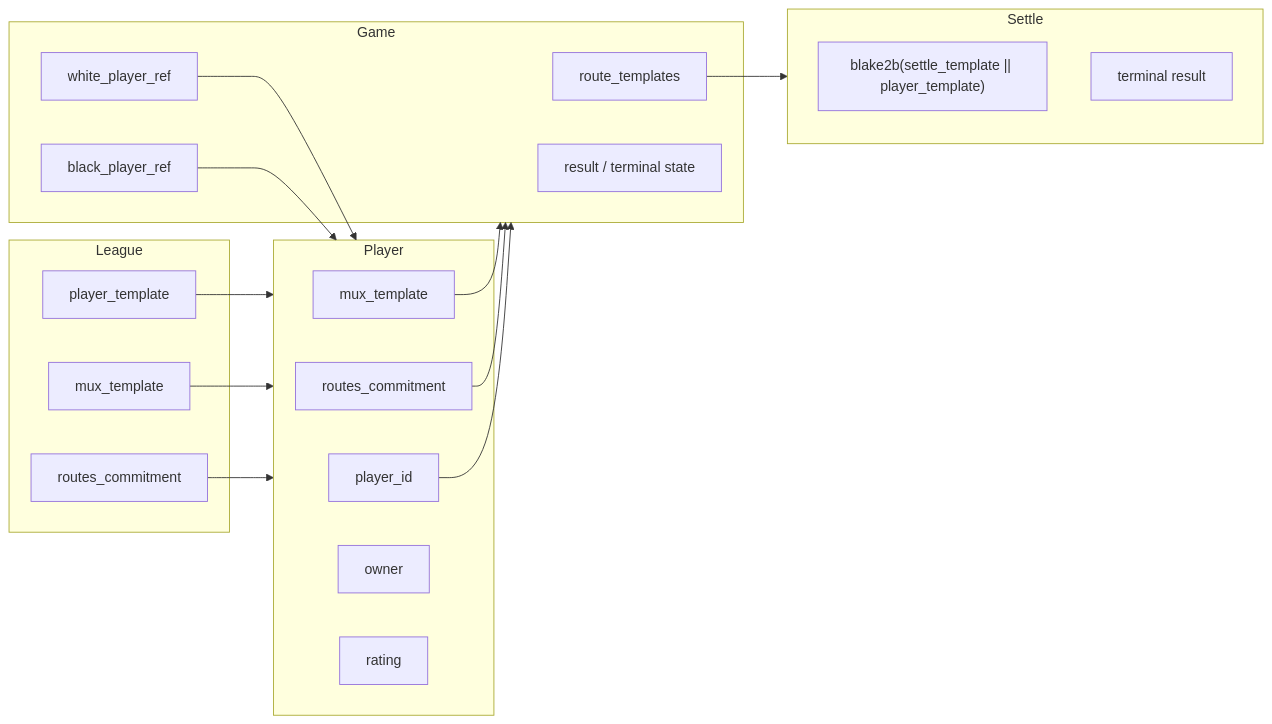
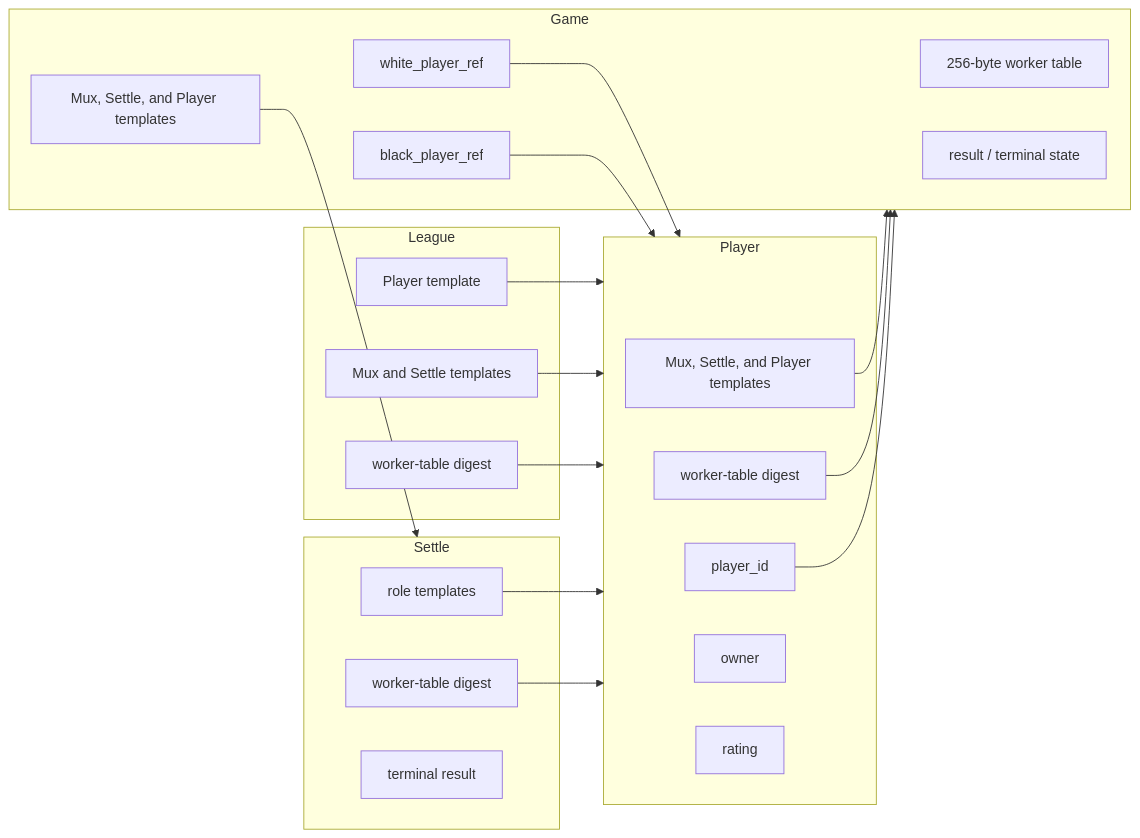
One commit to argent-lang/argent-playground changed the second of 2 diagrams in chess/book/src/dependencies.md. Above: the diagram before and after it, drawn with Mermaid. The commit also changed other lines of this file and 10 other files, not shown here.

````diff
--- a/chess/book/src/dependencies.md
+++ b/chess/book/src/dependencies.md
@@ -30,41 +30,45 @@
 ```mermaid
 flowchart LR
     subgraph League["League"]
-        LH["player_template"]
-        LM["mux_template"]
-        LR["routes_commitment"]
+        LH["Player template"]
+        LM["Mux and Settle templates"]
+        LR["worker-table digest"]
     end
 
     subgraph Player["Player"]
-        PM["mux_template"]
-        PX["routes_commitment"]
+        PM["Mux, Settle, and Player templates"]
+        PX["worker-table digest"]
         PP["player_id"]
         PO["owner"]
         PR["rating"]
     end
 
     subgraph Game["Game"]
-        GH["route_templates"]
+        GH["256-byte worker table"]
+        GT["Mux, Settle, and Player templates"]
         GW["white_player_ref"]
         GB["black_player_ref"]
         GR["result / terminal state"]
     end
 
     subgraph Settle["Settle"]
-        SH["blake2b(settle_template || player_template)"]
+        SH["role templates"]
+        SX["worker-table digest"]
         SR["terminal result"]
     end
 
     LH --> Player
     LM --> Player
     LR --> Player
 
     PM --> Game
     PX --> Game
     PP --> Game
 
-    GH --> Settle
+    GT --> Settle
 
     GW --> Player
     GB --> Player
+    SH --> Player
+    SX --> Player
 ```
````
